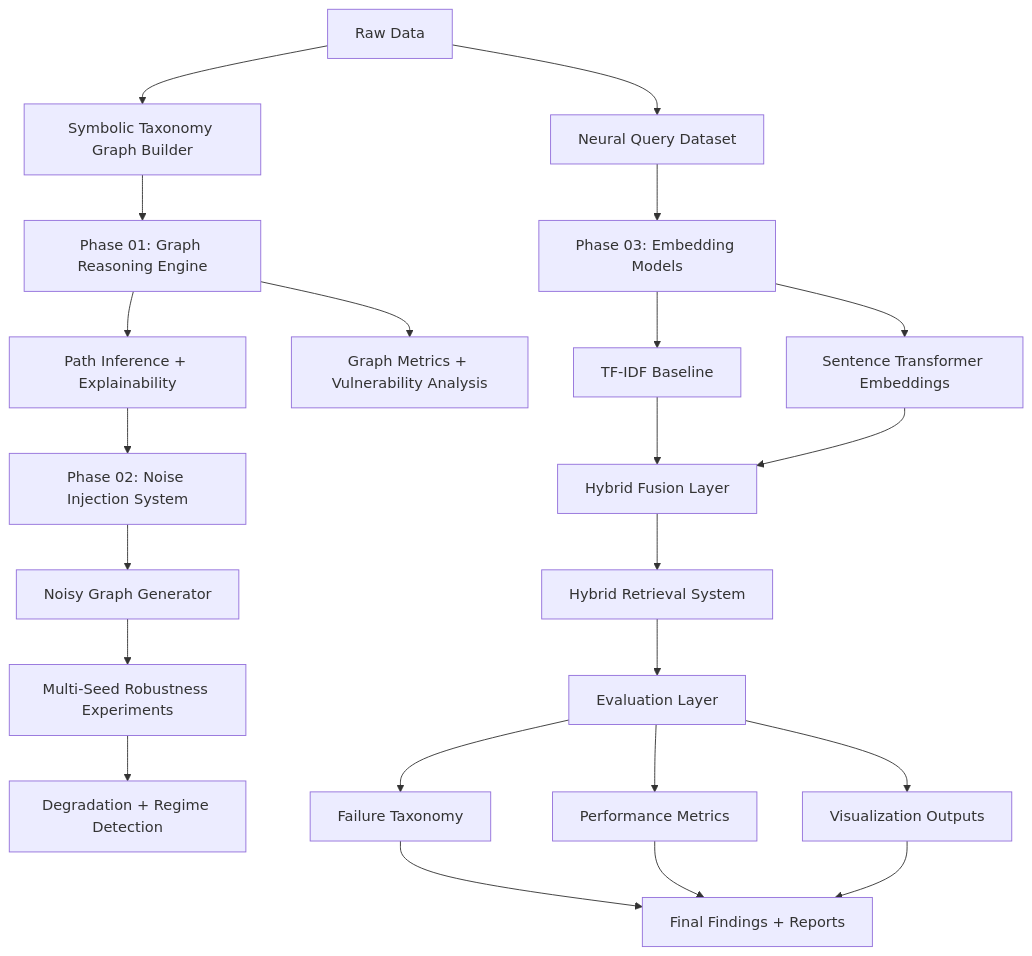
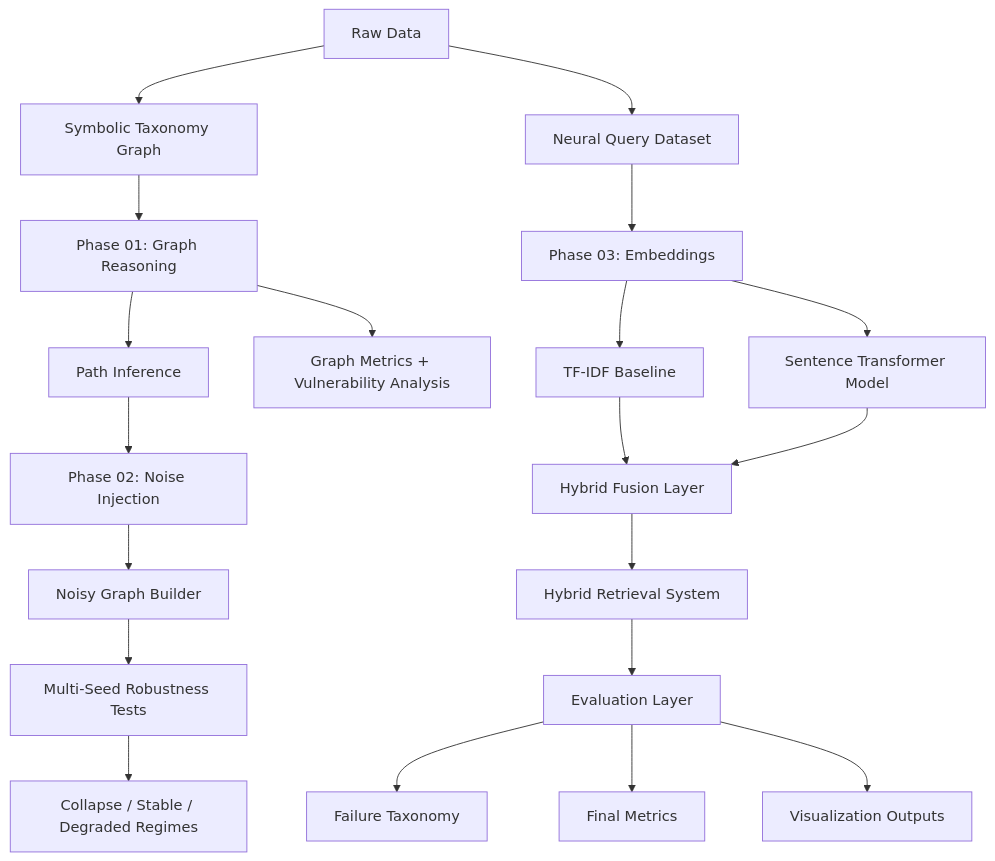
Before and after one commit to Surayia-Rahman/understanding-neurosymbolic-reasoning: the diagram in README.md, drawn with Mermaid. The commit also changed other lines of this file, not shown here.

````diff
--- a/README.md
+++ b/README.md
@@ -30,34 +29,29 @@
 ```mermaid
 flowchart TD
 
-A[Raw Data] --> B[Symbolic Taxonomy Graph Builder]
+A[Raw Data] --> B[Symbolic Taxonomy Graph]
 A --> C[Neural Query Dataset]
 
-B --> D[Phase 01: Graph Reasoning Engine]
-D --> E[Path Inference + Explainability]
+B --> D[Phase 01: Graph Reasoning]
+D --> E[Path Inference]
 D --> F[Graph Metrics + Vulnerability Analysis]
 
-E --> G[Phase 02: Noise Injection System]
+E --> G[Phase 02: Noise Injection]
+G --> H[Noisy Graph Builder]
+H --> I[Multi-Seed Robustness Tests]
+I --> J[Collapse / Stable / Degraded Regimes]
 
-G --> H[Noisy Graph Generator]
-H --> I[Multi-Seed Robustness Experiments]
-I --> J[Degradation + Regime Detection]
-
-C --> K[Phase 03: Embedding Models]
+C --> K[Phase 03: Embeddings]
 K --> L[TF-IDF Baseline]
-K --> M[Sentence Transformer Embeddings]
+K --> M[Sentence Transformer Model]
 
 L --> N[Hybrid Fusion Layer]
 M --> N
 
 N --> O[Hybrid Retrieval System]
 
 O --> P[Evaluation Layer]
 P --> Q[Failure Taxonomy]
-P --> R[Performance Metrics]
+P --> R[Final Metrics]
 P --> S[Visualization Outputs]
-
-Q --> T[Final Findings + Reports]
-R --> T
-S --> T
 ```
````
